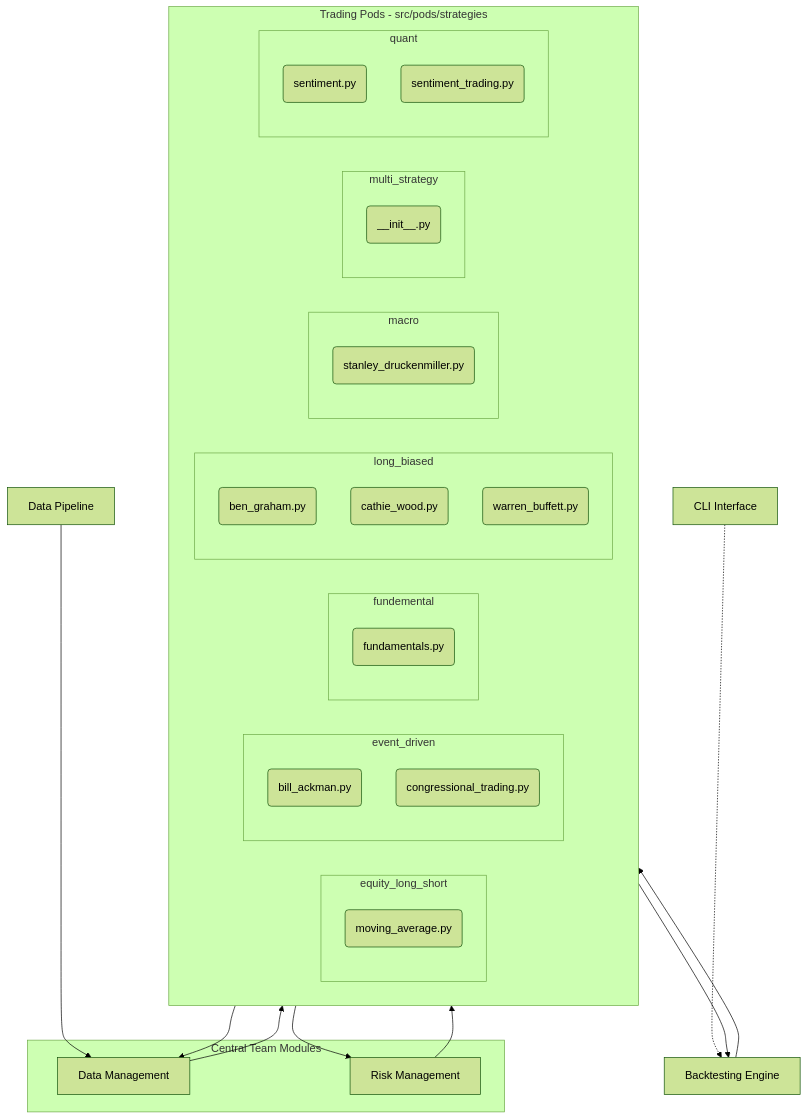
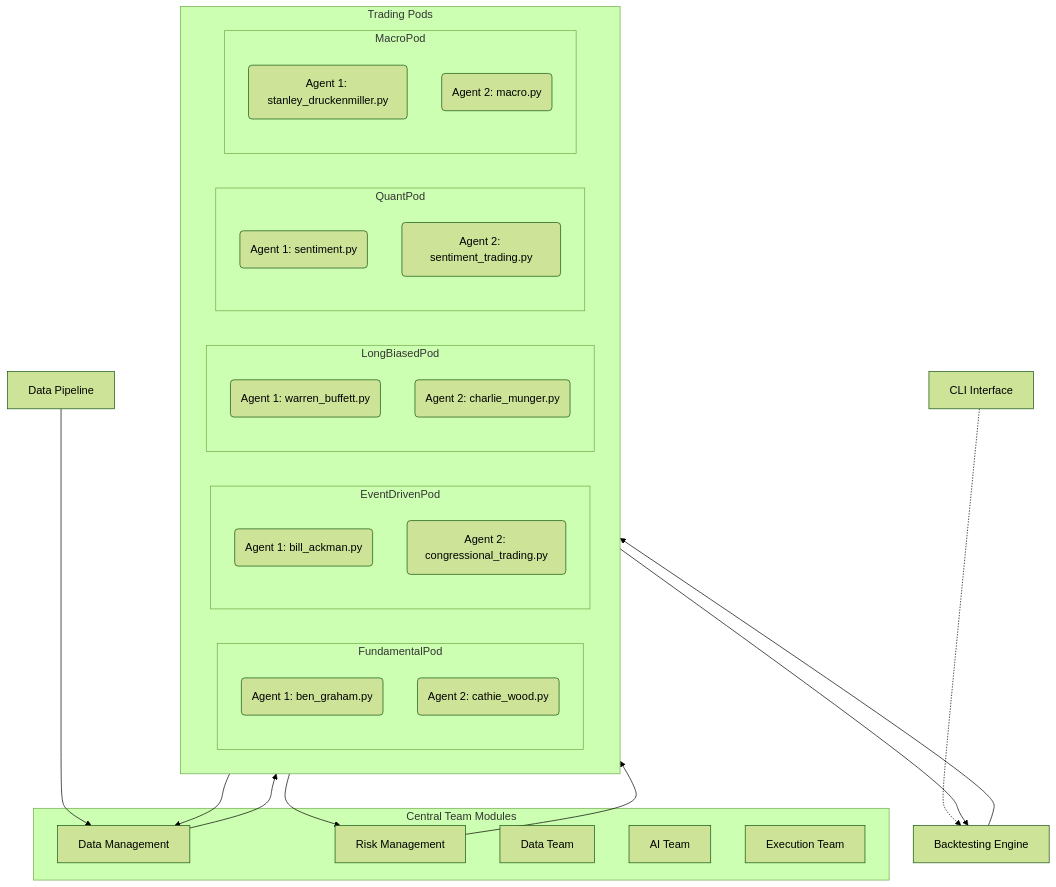
One commit to LLMQuant/Magents changed the diagram in README.md. Above: the diagram before and after it, drawn with Mermaid (forest theme).

Commit message:
change the readme graph

````diff
--- a/README.md
+++ b/README.md
@@ -10,60 +10,54 @@
 ```mermaid
 flowchart TD
 
     %% === DATA PIPELINE & MANAGEMENT ===
     DP[Data Pipeline] --> DM[Data Management]
 
     subgraph CentralTeam [Central Team Modules]
         DM
         RM[Risk Management]
+        DAT[Data Team]
+        AIT[AI Team]
+        EXE[Execution Team]
     end
 
-    %% === TRADING PODS SUBGRAPH ===
-    subgraph Pods [Trading Pods - src/pods/strategies]
-        subgraph ELS [equity_long_short]
-            ELS1(moving_average.py)
+    %% === TRADING PODS ===
+    subgraph Pods [Trading Pods]
+        
+        subgraph FundamentalPod
+            F1(Agent 1: ben_graham.py)
+            F2(Agent 2: cathie_wood.py)
         end
 
-        subgraph EV [event_driven]
-            EV1(bill_ackman.py)
-            EV2(congressional_trading.py)
+        subgraph EventDrivenPod
+            E1(Agent 1: bill_ackman.py)
+            E2(Agent 2: congressional_trading.py)
         end
 
-        subgraph FN [fundemental]
-            FN1(fundamentals.py)
+        subgraph LongBiasedPod
+            L1(Agent 1: warren_buffett.py)
+            L2(Agent 2: charlie_munger.py)
         end
 
-        subgraph LB [long_biased]
-            LB1(ben_graham.py)
-            LB2(cathie_wood.py)
-            LB3(warren_buffett.py)
+        subgraph QuantPod
+            Q1(Agent 1: sentiment.py)
+            Q2(Agent 2: sentiment_trading.py)
         end
 
-        subgraph MC [macro]
-            MC1(stanley_druckenmiller.py)
-        end
-
-        subgraph MS [multi_strategy]
-            MS1(__init__.py)
-        end
-
-        subgraph QN [quant]
-            QN1(sentiment.py)
-            QN2(sentiment_trading.py)
+        subgraph MacroPod
+            M1(Agent 1: stanley_druckenmiller.py)
+            M2(Agent 2: macro.py)
         end
     end
 
     %% === INTERACTIONS ===
     DM --> Pods
     Pods --> DM
     Pods --> RM
     RM --> Pods
-
-    %% === BACKTESTING ENGINE ===
     Pods --> BE[Backtesting Engine]
     BE --> Pods
 
     %% === CLI INTERFACE ===
     CLI[CLI Interface] -.-> BE
-
 ```
````
